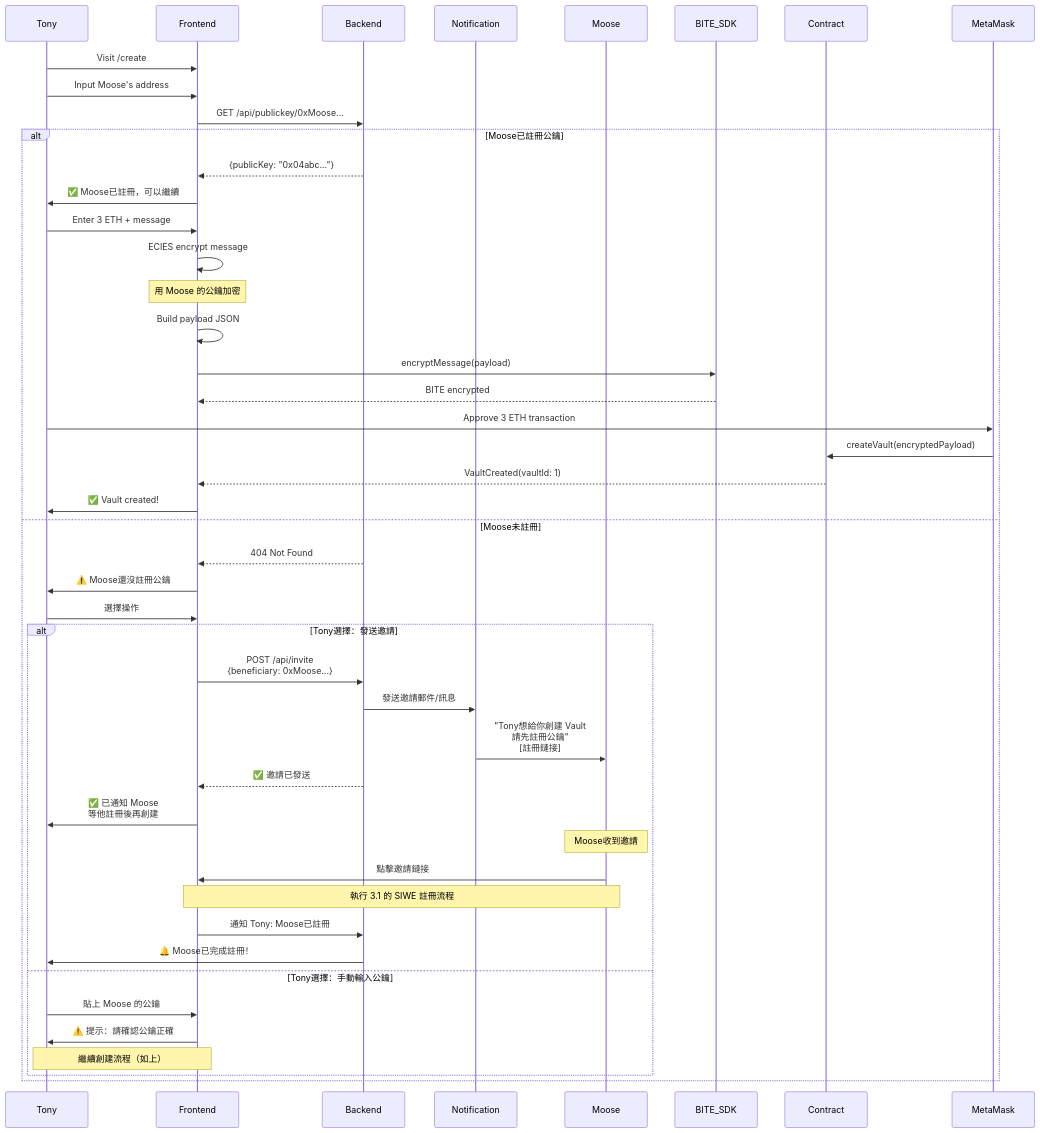
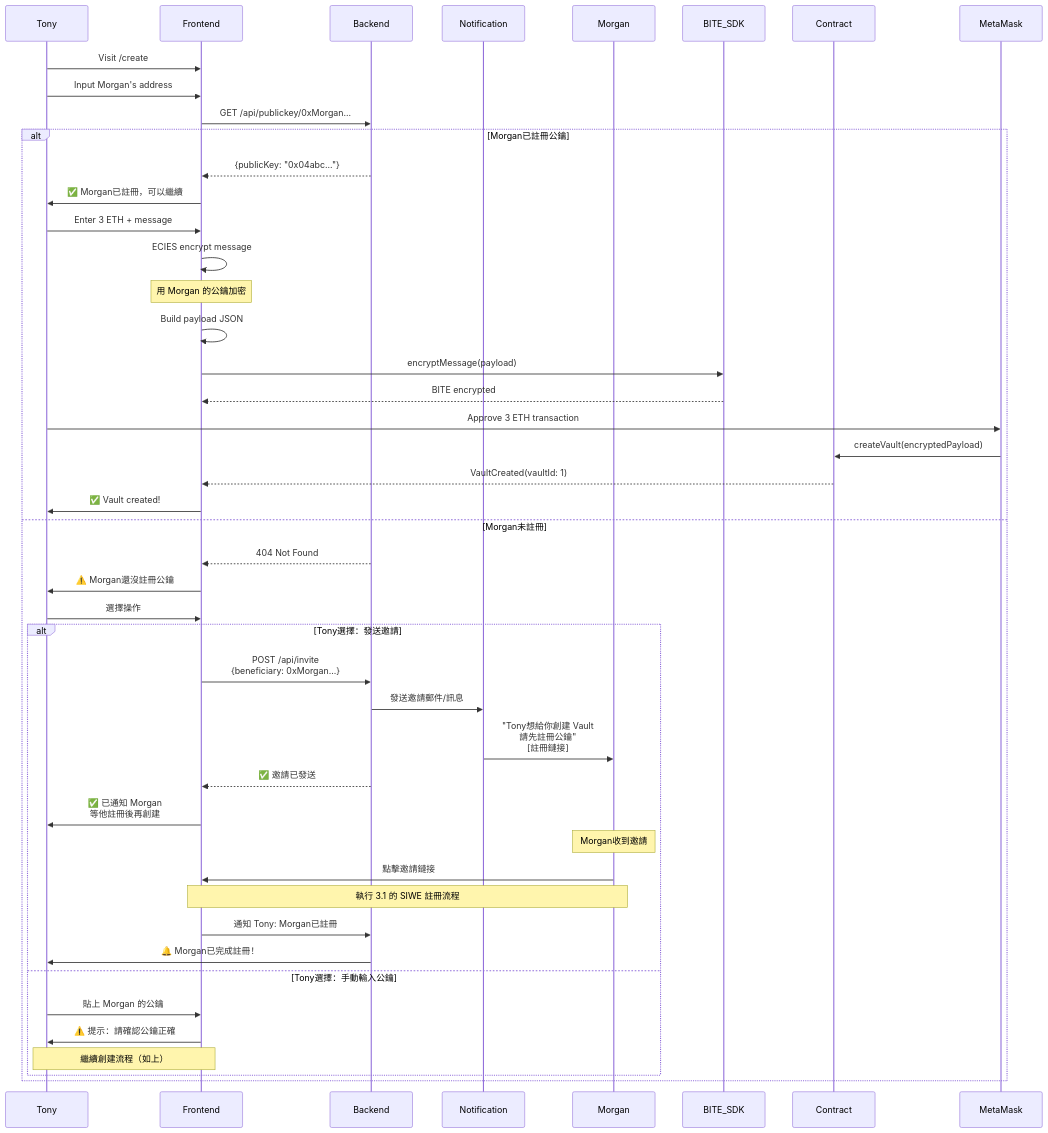
Before and after one commit to reliq-protocol/reliq: the third of 6 diagrams in docs/DESIGN.md, drawn with Mermaid. The commit also changed other lines of this file and 147 other files, not shown here.

````diff
--- a/docs/DESIGN.md
+++ b/docs/DESIGN.md
@@ -230,60 +230,60 @@
 ```mermaid
 sequenceDiagram
     participant Tony
     participant Frontend
     participant Backend
     participant Notification
-    participant Moose
+    participant Morgan
     participant BITE_SDK
     participant Contract
     participant MetaMask
     
     Tony->>Frontend: Visit /create
-    Tony->>Frontend: Input Moose's address
+    Tony->>Frontend: Input Morgan's address
     
-    Frontend->>Backend: GET /api/publickey/0xMoose...
+    Frontend->>Backend: GET /api/publickey/0xMorgan...
     
-    alt Moose已註冊公鑰
+    alt Morgan已註冊公鑰
         Backend-->>Frontend: {publicKey: "0x04abc..."}
-        Frontend->>Tony: ✅ Moose已註冊，可以繼續
+        Frontend->>Tony: ✅ Morgan已註冊，可以繼續
         
         Tony->>Frontend: Enter 3 ETH + message
         Frontend->>Frontend: ECIES encrypt message
-        Note over Frontend: 用 Moose 的公鑰加密
+        Note over Frontend: 用 Morgan 的公鑰加密
         
         Frontend->>Frontend: Build payload JSON
         Frontend->>BITE_SDK: encryptMessage(payload)
         BITE_SDK-->>Frontend: BITE encrypted
         
         Tony->>MetaMask: Approve 3 ETH transaction
         MetaMask->>Contract: createVault(encryptedPayload)
         Contract-->>Frontend: VaultCreated(vaultId: 1)
         Frontend->>Tony: ✅ Vault created!
         
-    else Moose未註冊
+    else Morgan未註冊
         Backend-->>Frontend: 404 Not Found
-        Frontend->>Tony: ⚠️ Moose還沒註冊公鑰
+        Frontend->>Tony: ⚠️ Morgan還沒註冊公鑰
         
         Tony->>Frontend: 選擇操作
         
         alt Tony選擇：發送邀請
-            Frontend->>Backend: POST /api/invite<br/>{beneficiary: 0xMoose...}
+            Frontend->>Backend: POST /api/invite<br/>{beneficiary: 0xMorgan...}
             Backend->>Notification: 發送邀請郵件/訊息
-            Notification->>Moose: "Tony想給你創建 Vault<br/>請先註冊公鑰"<br/>[註冊鏈接]
+            Notification->>Morgan: "Tony想給你創建 Vault<br/>請先註冊公鑰"<br/>[註冊鏈接]
             Backend-->>Frontend: ✅ 邀請已發送
-            Frontend->>Tony: ✅ 已通知 Moose<br/>等他註冊後再創建
+            Frontend->>Tony: ✅ 已通知 Morgan<br/>等他註冊後再創建
             
-            Note over Moose: Moose收到邀請
-            Moose->>Frontend: 點擊邀請鏈接
-            Note over Moose,Frontend: 執行 3.1 的 SIWE 註冊流程
+            Note over Morgan: Morgan收到邀請
+            Morgan->>Frontend: 點擊邀請鏈接
+            Note over Morgan,Frontend: 執行 3.1 的 SIWE 註冊流程
             
-            Frontend->>Backend: 通知 Tony: Moose已註冊
-            Backend->>Tony: 🔔 Moose已完成註冊！
+            Frontend->>Backend: 通知 Tony: Morgan已註冊
+            Backend->>Tony: 🔔 Morgan已完成註冊！
             
         else Tony選擇：手動輸入公鑰
-            Tony->>Frontend: 貼上 Moose 的公鑰
+            Tony->>Frontend: 貼上 Morgan 的公鑰
             Frontend->>Tony: ⚠️ 提示：請確認公鑰正確
             Note over Tony,Frontend: 繼續創建流程（如上）
         end
     end
 ```
````
